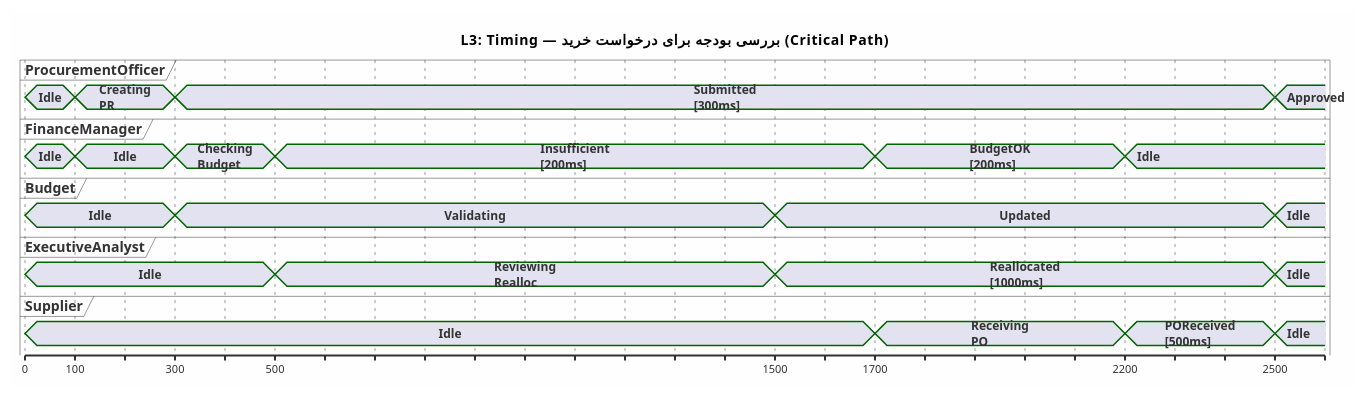
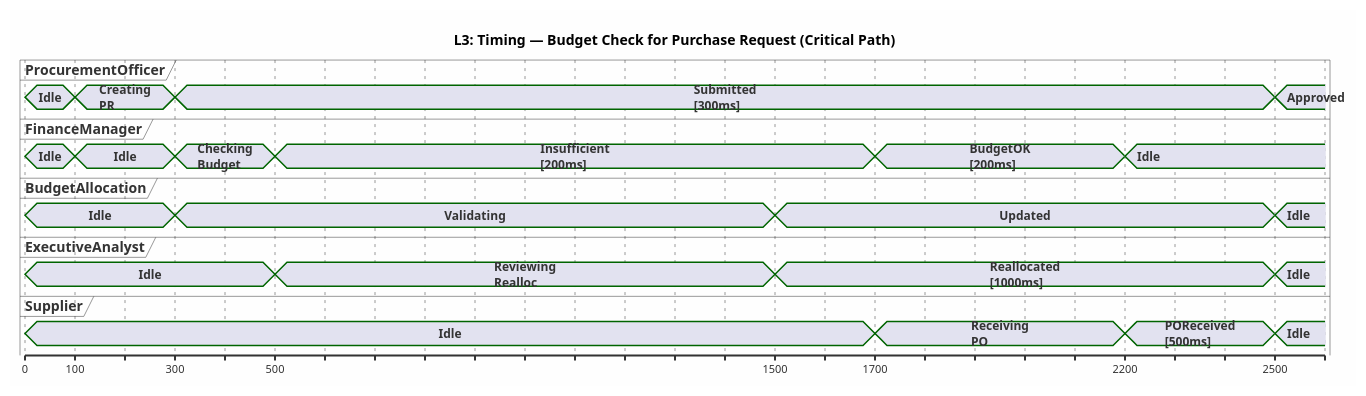
Before and after one commit to Shakour-Data/BedaanWaves: the sixth of 7 diagrams in docs/02_architecture/ARCH_integrated-hr-finance-procurement-uml-overview-timing_v1.md, drawn with PlantUML. The commit also changed other lines of this file and 19 other files, not shown here.

````diff
--- a/docs/02_architecture/ARCH_integrated-hr-finance-procurement-uml-overview-timing_v1.md
+++ b/docs/02_architecture/ARCH_integrated-hr-finance-procurement-uml-overview-timing_v1.md
@@ -506,51 +506,51 @@
 ```plantuml
 @startuml ARCH-L3-Timing-BudgetCheckPR
 skinparam backgroundColor #FEFEFE
-title L3: Timing — بررسی بودجه برای درخواست خرید (Critical Path)
+title L3: Timing — Budget Check for Purchase Request (Critical Path)
 
 concise "ProcurementOfficer" as PO
 concise "FinanceManager" as FM
-concise "Budget" as BUD
+concise "BudgetAllocation" as BUD
 concise "ExecutiveAnalyst" as EA
 concise "Supplier" as SUP
 
 @0
 PO is "Idle"
 FM is "Idle"
 BUD is "Idle"
 EA is "Idle"
 SUP is "Idle"
 
 @100
 PO is "Creating\nPR"
 FM is "Idle"
 
 @300
 PO is "Submitted\n[300ms]"
 FM is "Checking\nBudget"
 BUD is "Validating"
 
 @500
 FM is "Insufficient\n[200ms]"
 EA is "Reviewing\nRealloc"
 
 @1500
 EA is "Reallocated\n[1000ms]"
 BUD is "Updated"
 
 @1700
 FM is "BudgetOK\n[200ms]"
 SUP is "Receiving\nPO"
 
 @2200
 SUP is "POReceived\n[500ms]"
 FM is "Idle"
 
 @2500
 PO is "Approved"
 EA is "Idle"
 BUD is "Idle"
 SUP is "Idle"
 
 @enduml
 ```
````
